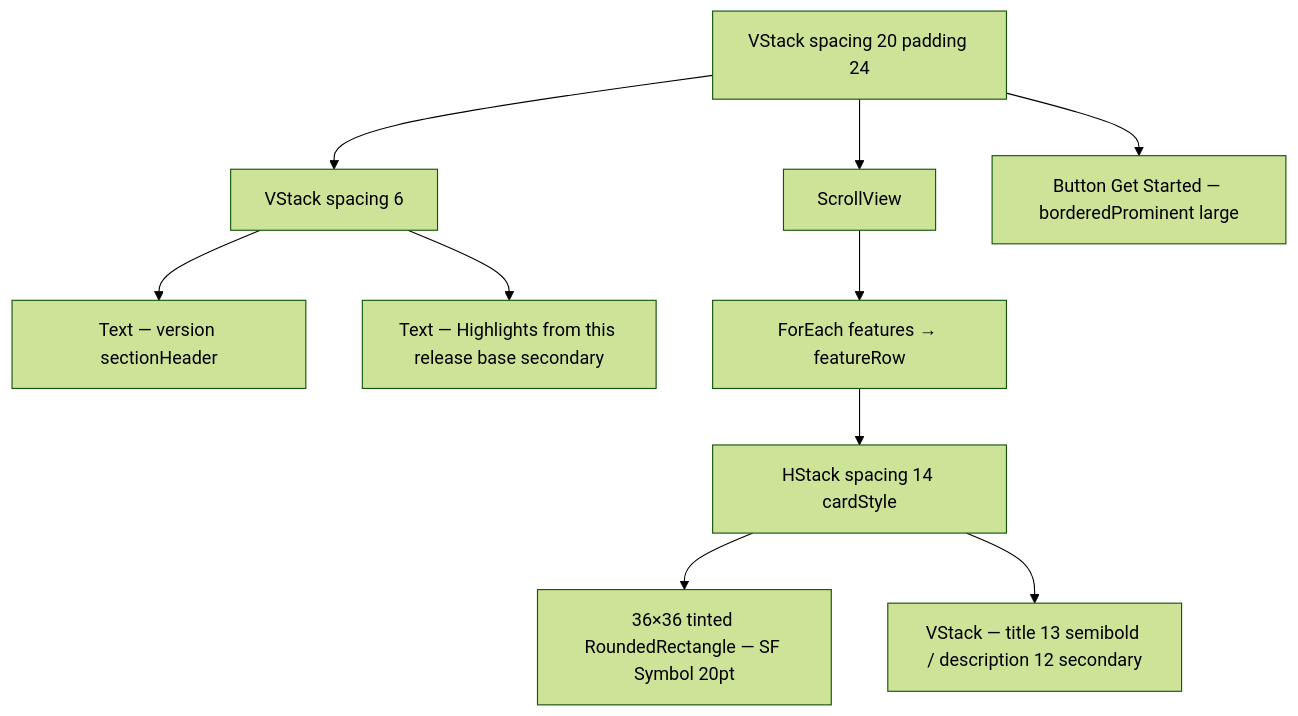
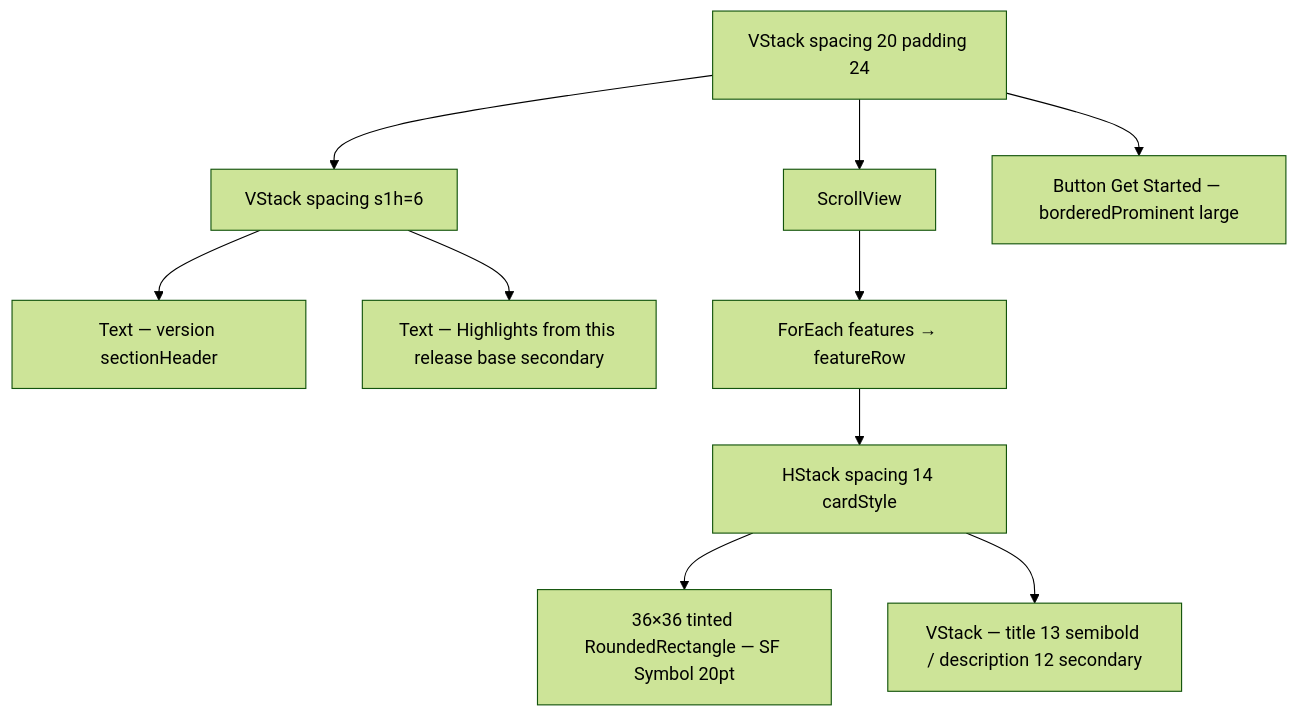
The diagram in design-system/components/whats-new-view.md (MrDemonWolf/WolfWave), drawn with Mermaid (forest theme) before and after one commit. The commit also changed 95 other files, not shown here.

````diff
--- a/design-system/components/whats-new-view.md
+++ b/design-system/components/whats-new-view.md
@@ -36,12 +36,12 @@
 ```mermaid
 graph TB
-  Sheet[VStack spacing 20 padding 24] --> Header[VStack spacing 6]
+  Sheet[VStack spacing 20 padding 24] --> Header[VStack spacing s1h=6]
   Header --> Title[Text — version sectionHeader]
   Header --> Tagline[Text — Highlights from this release base secondary]
   Sheet --> List[ScrollView]
   List --> Rows[ForEach features → featureRow]
   Sheet --> CTA[Button Get Started — borderedProminent large]
   Rows --> Row[HStack spacing 14 cardStyle]
   Row --> IconTile[36×36 tinted RoundedRectangle — SF Symbol 20pt]
   Row --> RowText[VStack — title 13 semibold / description 12 secondary]
 ```
````
